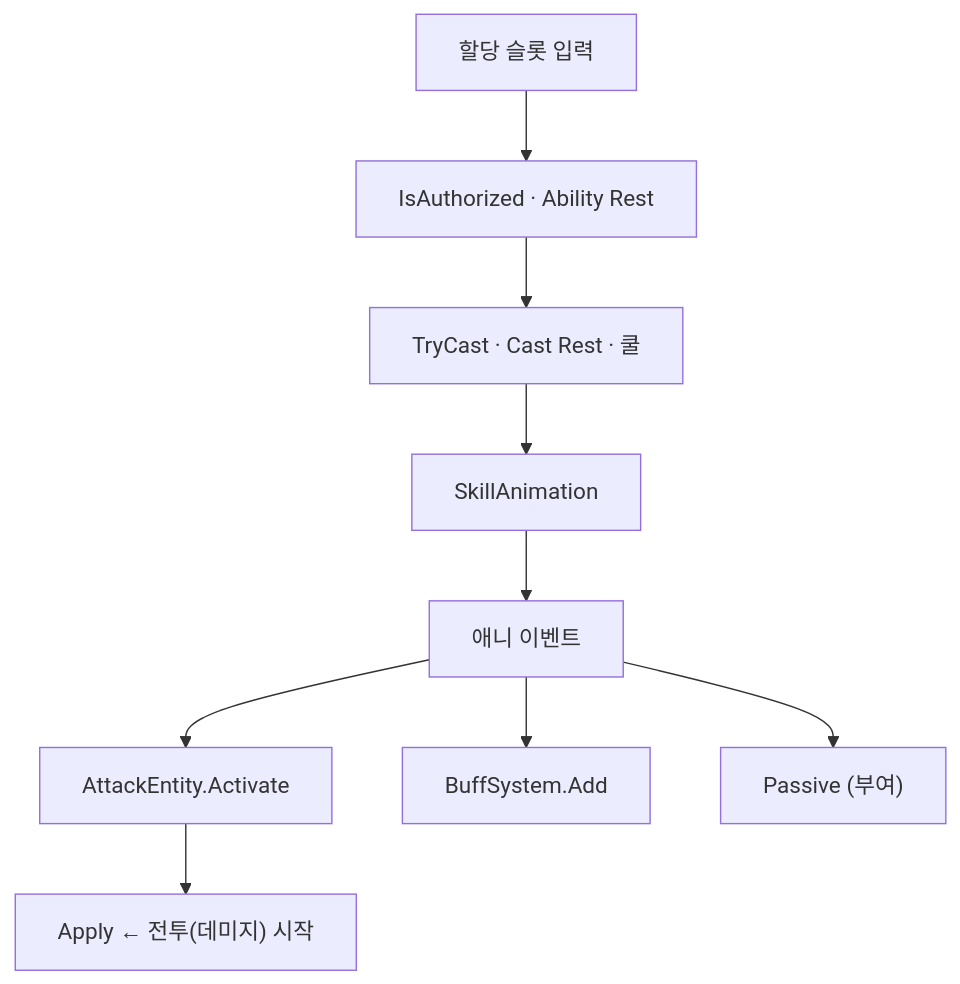
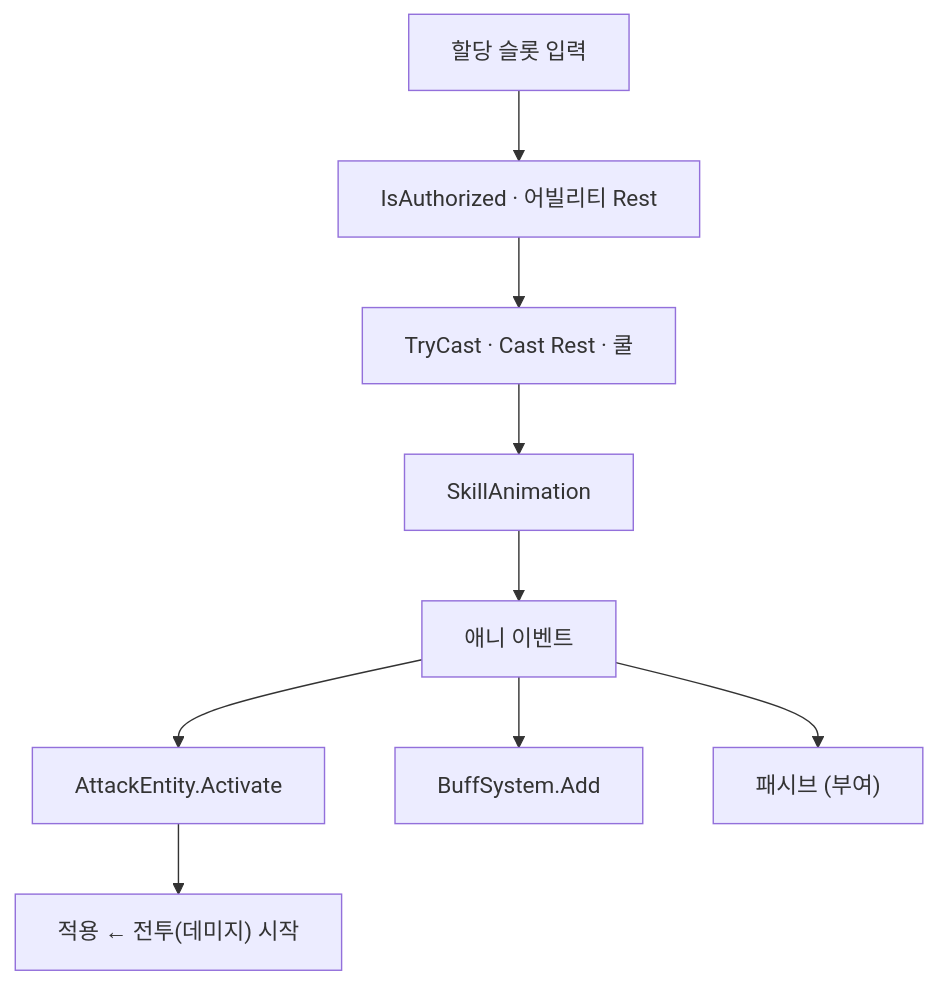
One commit to monet5379/monet5379.github.io changed the diagram in notes/dragon-combat-skill-bridge.md. Above: the diagram before and after it, drawn with Mermaid. The commit also changed other lines of this file and 27 other files, not shown here.

````diff
--- a/notes/dragon-combat-skill-bridge.md
+++ b/notes/dragon-combat-skill-bridge.md
@@ -42,11 +42,11 @@
 ```mermaid
 flowchart TD
-  IN["할당 슬롯 입력"] --> AUTH["IsAuthorized · Ability Rest"]
+  IN["할당 슬롯 입력"] --> AUTH["IsAuthorized · 어빌리티 Rest"]
   AUTH --> CAST["TryCast · Cast Rest · 쿨"]
   CAST --> ANIM["SkillAnimation"]
   ANIM --> EV["애니 이벤트"]
   EV --> AT["AttackEntity.Activate"]
   EV --> BF["BuffSystem.Add"]
-  EV --> PS["Passive (부여)"]
-  AT --> CUT["Apply ← 전투(데미지) 시작"]
+  EV --> PS["패시브 (부여)"]
+  AT --> CUT["적용 ← 전투(데미지) 시작"]
 ```
````
